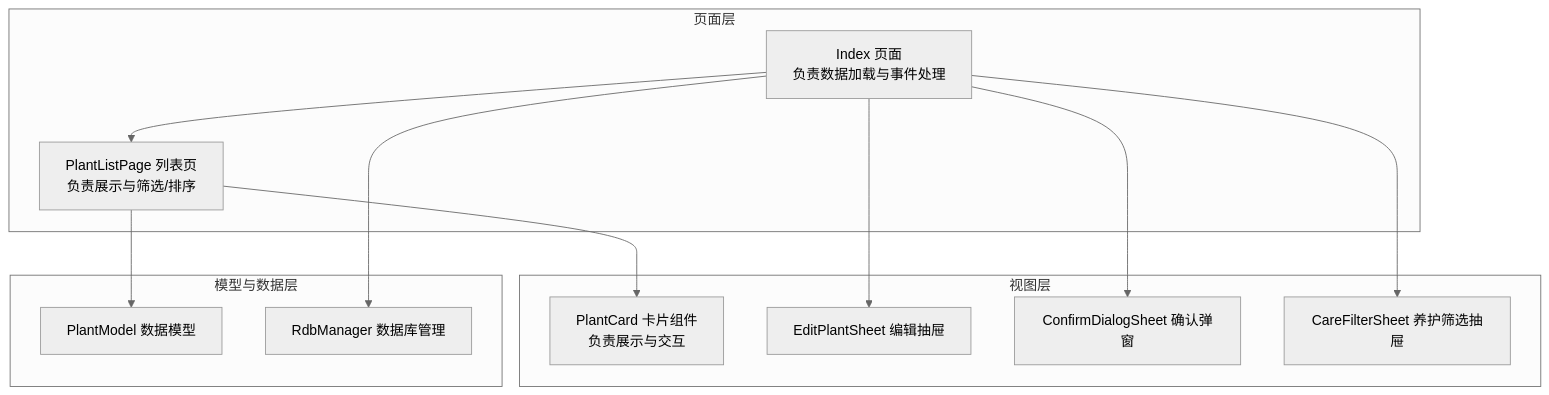
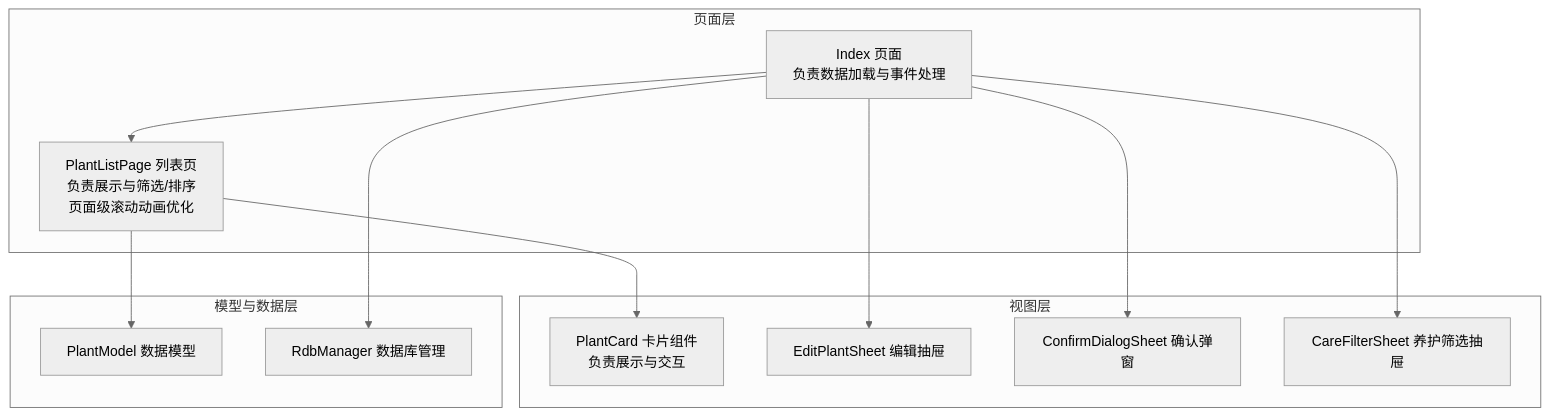
One commit to mmt1202/PlantModel changed the first of 5 diagrams in .qoder/repowiki/zh/content/核心模块/页面层/植物列表页 PlantListPage.md. Above: the diagram before and after it, drawn with Mermaid (neutral theme). The commit also changed other lines of this file and 14 other files, not shown here.

````diff
--- a/.qoder/repowiki/zh/content/核心模块/页面层/植物列表页 PlantListPage.md
+++ b/.qoder/repowiki/zh/content/核心模块/页面层/植物列表页 PlantListPage.md
@@ -36,24 +43,24 @@
 ```mermaid
 graph TB
 subgraph "页面层"
 Index["Index 页面<br/>负责数据加载与事件处理"]
-PlantListPage["PlantListPage 列表页<br/>负责展示与筛选/排序"]
+PlantListPage["PlantListPage 列表页<br/>负责展示与筛选/排序<br/>页面级滚动动画优化"]
 end
 subgraph "视图层"
 PlantCard["PlantCard 卡片组件<br/>负责展示与交互"]
 EditSheet["EditPlantSheet 编辑抽屉"]
 ConfirmSheet["ConfirmDialogSheet 确认弹窗"]
 CareFilter["CareFilterSheet 养护筛选抽屉"]
 end
 subgraph "模型与数据层"
 PlantModel["PlantModel 数据模型"]
 RdbManager["RdbManager 数据库管理"]
 end
 Index --> PlantListPage
 PlantListPage --> PlantCard
 Index --> EditSheet
 Index --> ConfirmSheet
 Index --> CareFilter
 PlantListPage --> PlantModel
 Index --> RdbManager
 ```
````
